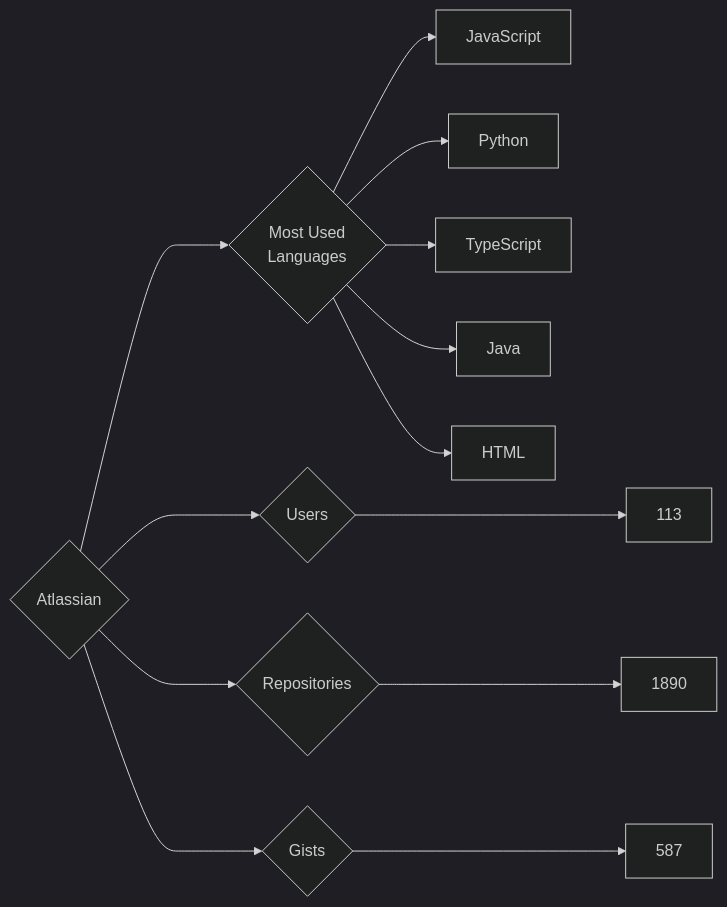
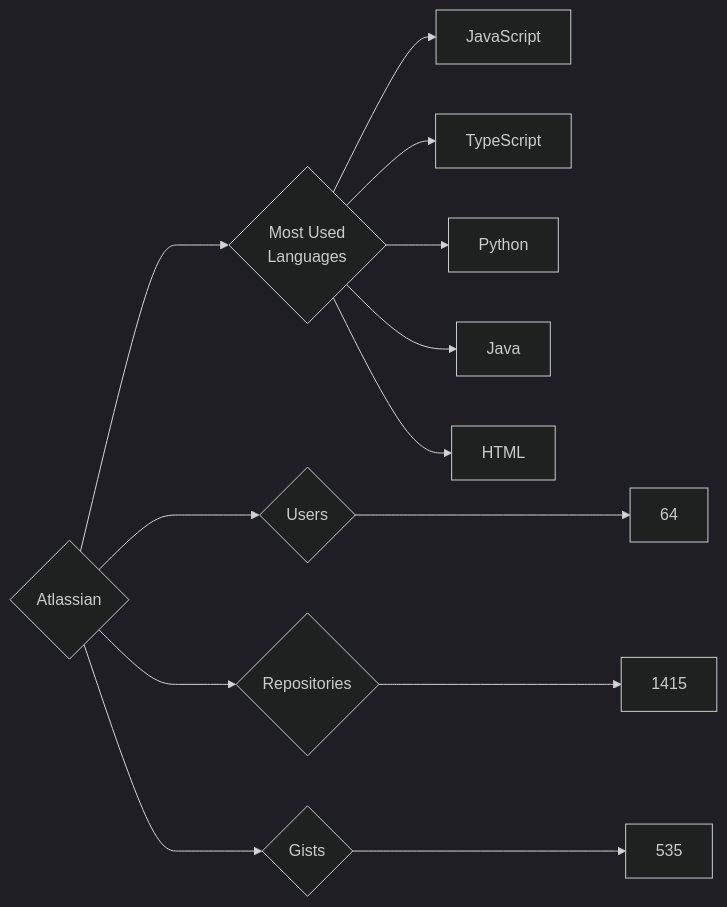
Before and after one commit to trickest/insiders: the diagram in targets/Atlassian/README.md, drawn with Mermaid (dark theme). The commit also changed 676 other files, not shown here.

````diff
--- a/targets/Atlassian/README.md
+++ b/targets/Atlassian/README.md
@@ -3,13 +3,13 @@
 ```mermaid
 graph LR
 COMPANY_NAME{Atlassian}
-COMPANY_NAME ---> U{Users} ---> UN[113]
-COMPANY_NAME ---> R{Repositories} ---> RN[1890]
-COMPANY_NAME ---> G{Gists} ---> GN[587]
+COMPANY_NAME ---> U{Users} ---> UN[64]
+COMPANY_NAME ---> R{Repositories} ---> RN[1415]
+COMPANY_NAME ---> G{Gists} ---> GN[535]
 COMPANY_NAME ---> ML{Most Used<br>Languages}
 ML --> JavaScript[JavaScript]
+ML --> TypeScript[TypeScript]
 ML --> Python[Python]
-ML --> TypeScript[TypeScript]
 ML --> Java[Java]
 ML --> HTML[HTML]
 ```
````
